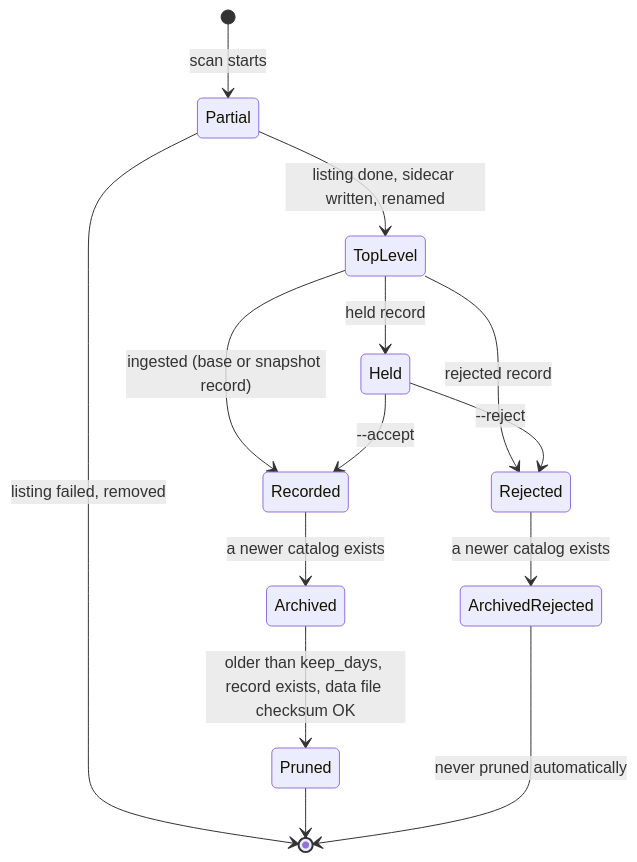
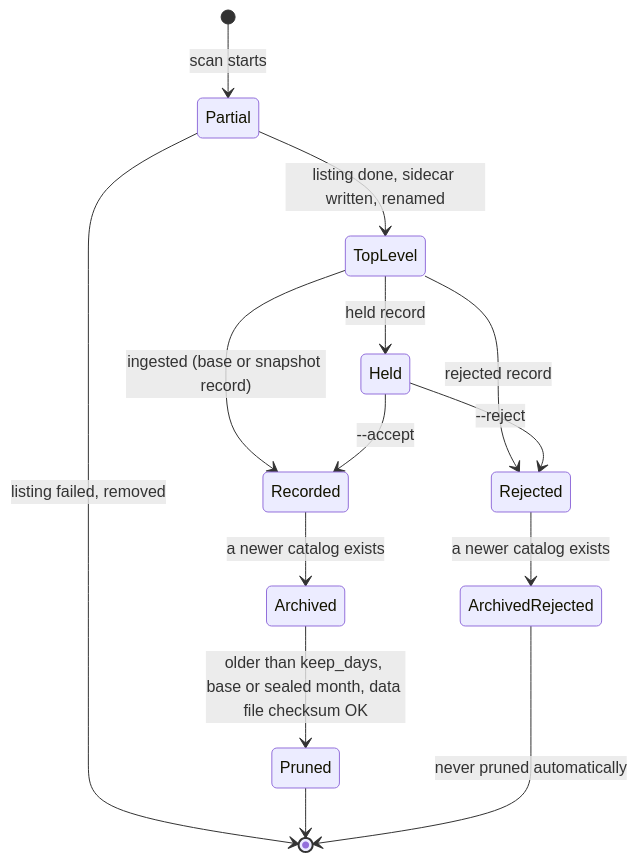
The eighth of 8 diagrams in docs/s3-history-overview.md (BCM-HGSC/aws-object-search), drawn with Mermaid before and after one commit. The commit also changed other lines of this file and 1 other file, not shown here.

First line of the commit message:
Keep raw catalogs until their month is sealed

````diff
--- a/docs/s3-history-overview.md
+++ b/docs/s3-history-overview.md
@@ -514,16 +515,16 @@
 ```mermaid
 stateDiagram-v2
     [*] --> Partial: scan starts
     Partial --> TopLevel: listing done, sidecar written, renamed
     Partial --> [*]: listing failed, removed
     TopLevel --> Recorded: ingested (base or snapshot record)
     TopLevel --> Rejected: rejected record
     TopLevel --> Held: held record
     Held --> Recorded: --accept
     Held --> Rejected: --reject
     Recorded --> Archived: a newer catalog exists
-    Archived --> Pruned: older than keep_days, record exists, data file checksum OK
+    Archived --> Pruned: older than keep_days, base or sealed month, data file checksum OK
     Pruned --> [*]
     Rejected --> ArchivedRejected: a newer catalog exists
     ArchivedRejected --> [*]: never pruned automatically
 ```
````
